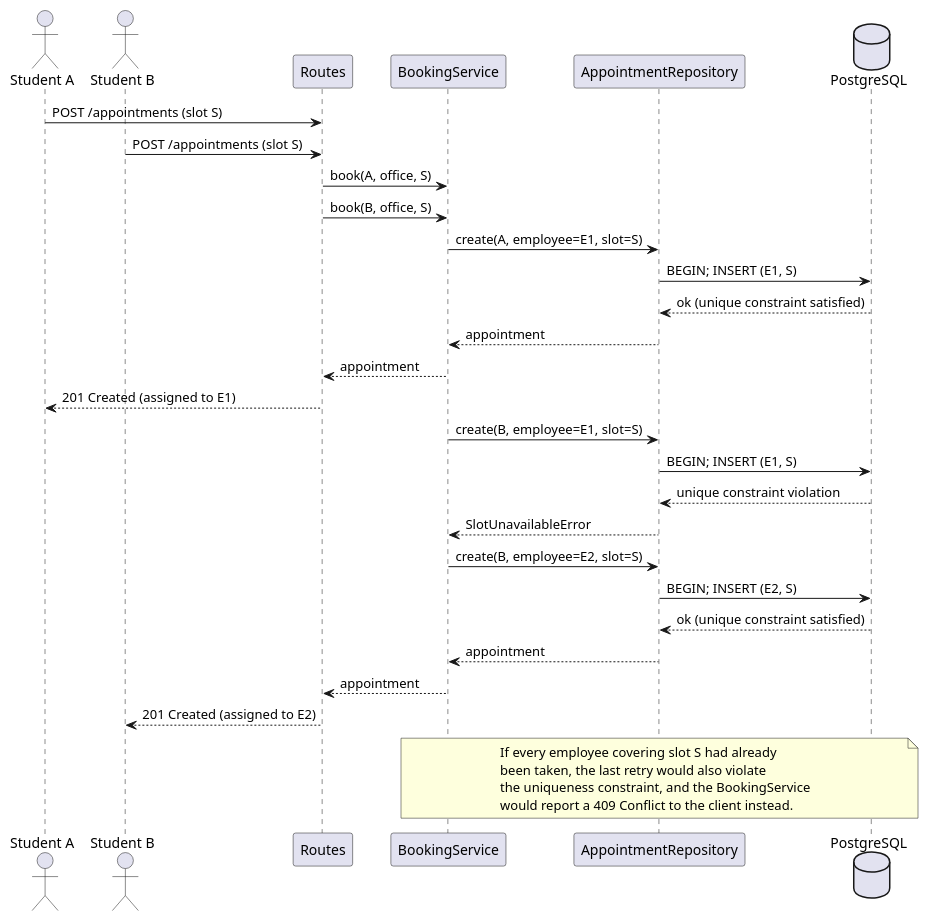
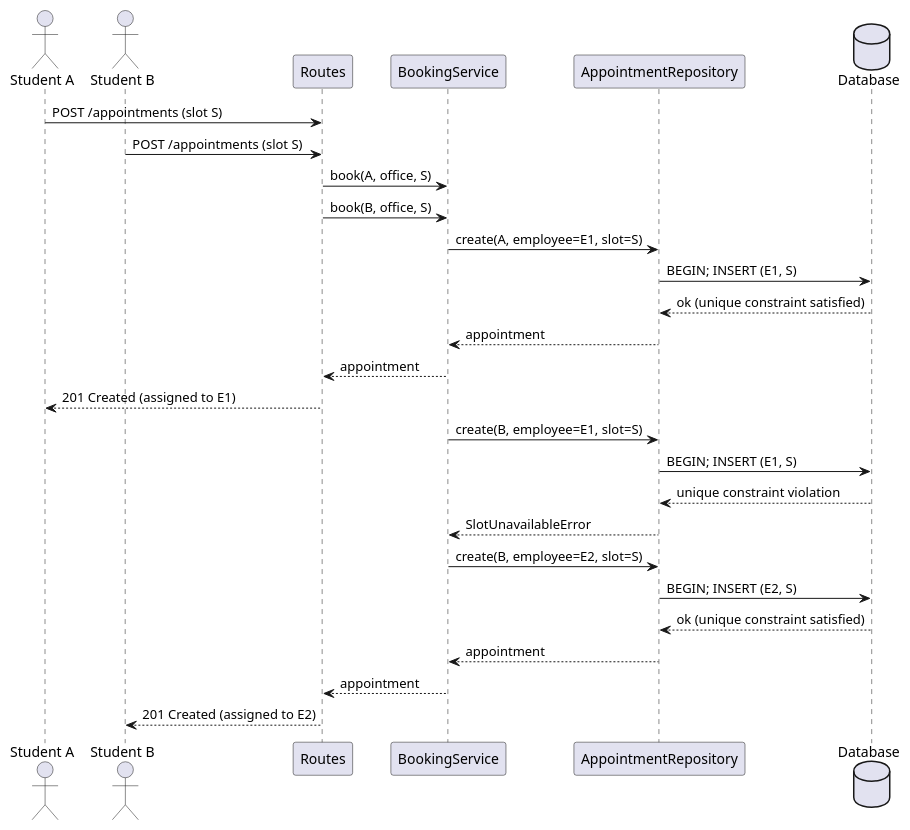
Before and after one commit to unibo-dtm-se-2526-PRONTO/report: the diagram in sections/03-design/assets/seq2.puml, drawn with PlantUML. The commit also changed 9 other files, not shown here.

```diff
--- a/sections/03-design/assets/seq2.puml
+++ b/sections/03-design/assets/seq2.puml
@@ -1,39 +1,33 @@
 @startuml seq2
 actor "Student A" as A
 actor "Student B" as B
 participant "Routes" as routes
 participant "BookingService" as booksvc
 participant "AppointmentRepository" as apptrepo
-database "PostgreSQL" as db
+database "Database" as db
 
 A -> routes : POST /appointments (slot S)
 B -> routes : POST /appointments (slot S)
 routes -> booksvc : book(A, office, S)
 routes -> booksvc : book(B, office, S)
 
 booksvc -> apptrepo : create(A, employee=E1, slot=S)
 apptrepo -> db : BEGIN; INSERT (E1, S)
 db --> apptrepo : ok (unique constraint satisfied)
 apptrepo --> booksvc : appointment
 booksvc --> routes : appointment
 routes --> A : 201 Created (assigned to E1)
 
 booksvc -> apptrepo : create(B, employee=E1, slot=S)
 apptrepo -> db : BEGIN; INSERT (E1, S)
 db --> apptrepo : unique constraint violation
 apptrepo --> booksvc : SlotUnavailableError
 
 booksvc -> apptrepo : create(B, employee=E2, slot=S)
 apptrepo -> db : BEGIN; INSERT (E2, S)
 db --> apptrepo : ok (unique constraint satisfied)
 apptrepo --> booksvc : appointment
 booksvc --> routes : appointment
 routes --> B : 201 Created (assigned to E2)
 
-note over booksvc, db
-  If every employee covering slot S had already
-  been taken, the last retry would also violate
-  the uniqueness constraint, and the BookingService
-  would report a 409 Conflict to the client instead.
-end note
 @enduml
```
